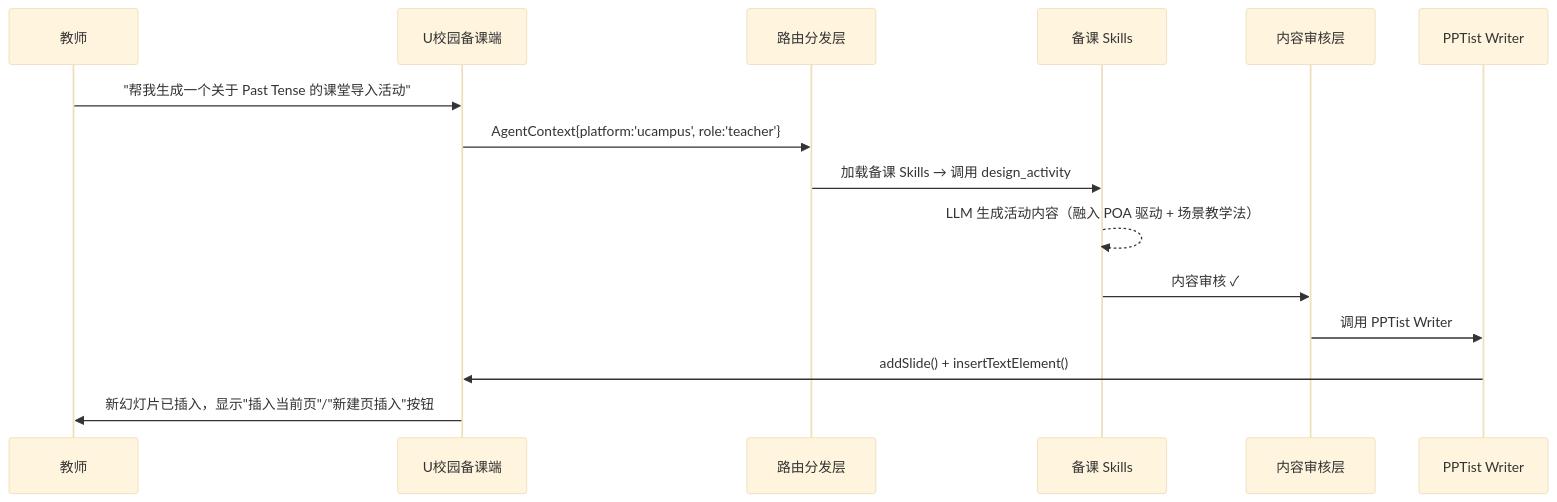
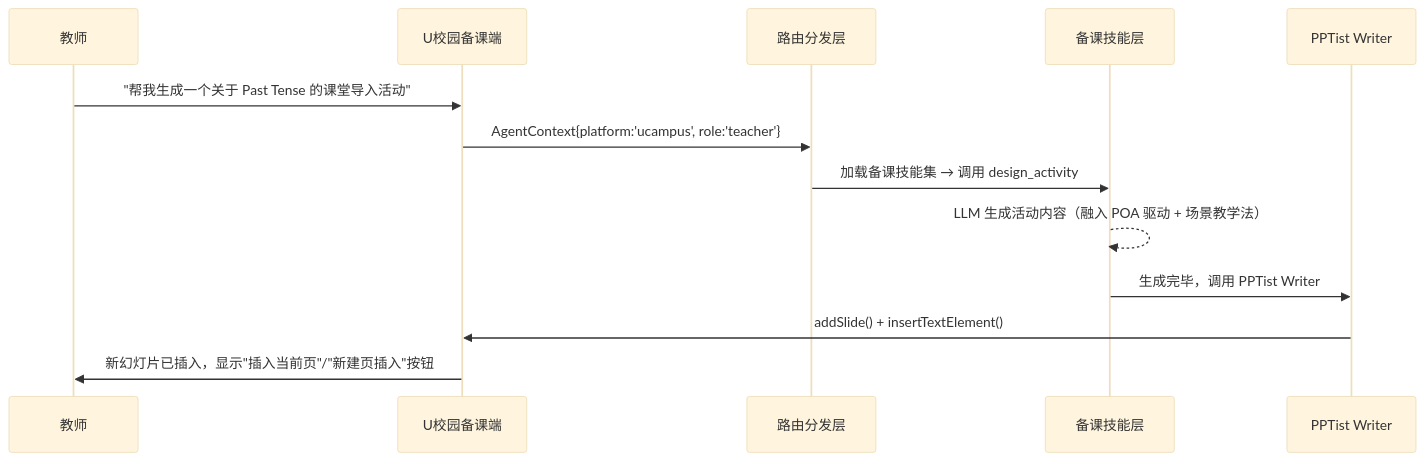
Before and after one commit to LarryLiny/pptAIagent: the third of 5 diagrams in AIPPT_requirement.md, drawn with Mermaid (base theme). The commit also changed other lines of this file and 1 other file, not shown here.

Commit message:
修正跨项目架构设计：内容审核从独立层改为技能层内的审核类技能，架构从五层简化为四层（对话管理+意图理解→内容生成与处理技能层→写入适配层→前端宿主）；更新Mermaid架构图和三个调用流程案例；教材编写场景审核作为技能编排链自动串联，备课场景审核为可选项。影响文件：AIPPT_requirement.md, AIPPT_Requirement_log.md

````diff
--- a/AIPPT_requirement.md
+++ b/AIPPT_requirement.md
@@ -781,18 +804,16 @@
 ```mermaid
 sequenceDiagram
     participant T as 教师
     participant UI as U校园备课端
     participant R as 路由分发层
-    participant S as 备课 Skills
-    participant A as 内容审核层
+    participant S as 备课技能层
     participant W as PPTist Writer
 
     T->>UI: "帮我生成一个关于 Past Tense 的课堂导入活动"
     UI->>R: AgentContext{platform:'ucampus', role:'teacher'}
-    R->>S: 加载备课 Skills → 调用 design_activity
+    R->>S: 加载备课技能集 → 调用 design_activity
     S-->>S: LLM 生成活动内容（融入 POA 驱动 + 场景教学法）
-    S->>A: 内容审核 ✓
-    A->>W: 调用 PPTist Writer
+    S->>W: 生成完毕，调用 PPTist Writer
     W->>UI: addSlide() + insertTextElement()
     UI->>T: 新幻灯片已插入，显示"插入当前页"/"新建页插入"按钮
 ```
````
